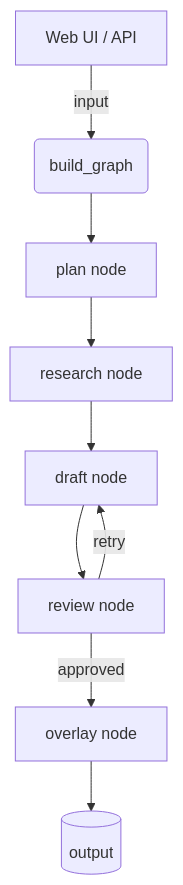
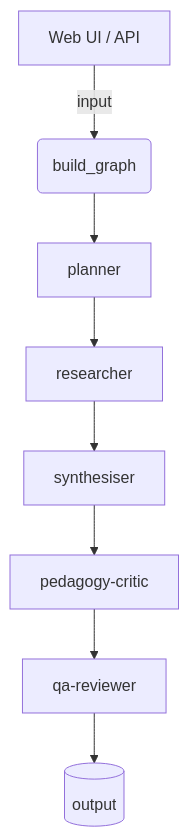
The diagram in docs/architecture.md (fenrick/agentic-demo), drawn with Mermaid before and after one commit. The commit also changed other lines of this file, not shown here.

Commit message:
docs: update architecture with new agent sequence

````diff
--- a/docs/architecture.md
+++ b/docs/architecture.md
@@ -7,11 +5,10 @@
 ```mermaid
 graph TD
     A[Web UI / API] -->|input| B(build_graph)
-    B --> C[plan node]
-    C --> D[research node]
-    D --> E[draft node]
-    E --> F[review node]
-    F -->|approved| G[overlay node]
-    F -->|retry| E
+    B --> C[planner]
+    C --> D[researcher]
+    D --> E[synthesiser]
+    E --> F[pedagogy-critic]
+    F --> G[qa-reviewer]
     G --> H[(output)]
 ```
````
